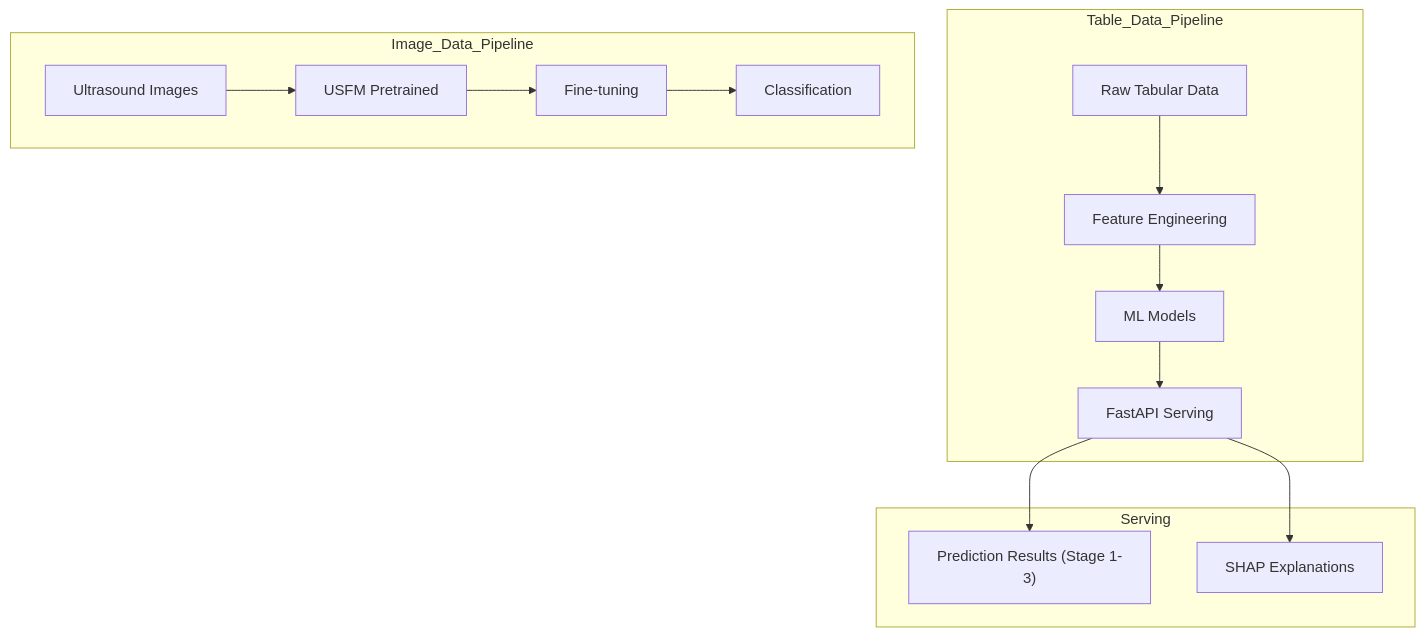
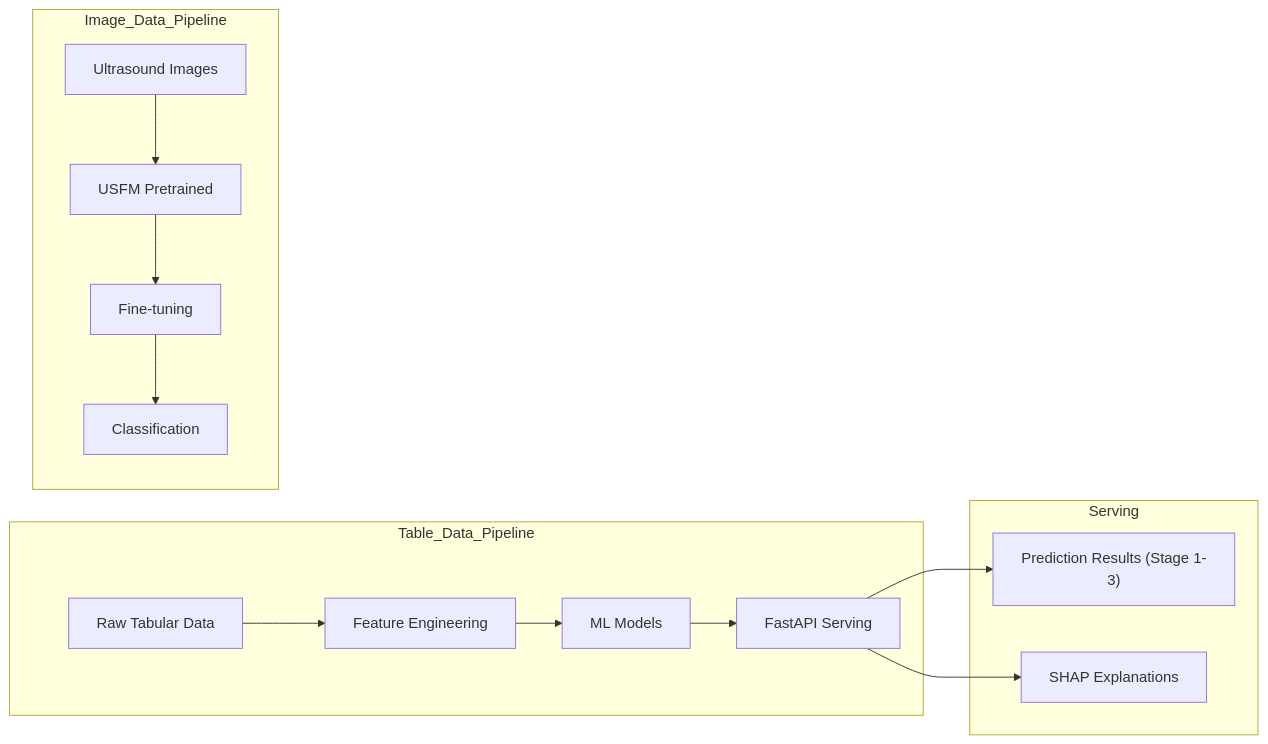
Before and after one commit to koeshin/liver_cirrhosis-prediction: the diagram in README.md, drawn with Mermaid. The commit also changed other lines of this file, not shown here.

Commit message:
Update README: Horizontal architecture diagram and serving usage instructions

````diff
--- a/README.md
+++ b/README.md
@@ -12,19 +12,19 @@
 ```mermaid
-graph TD
+graph LR
     subgraph Table_Data_Pipeline
         A[Raw Tabular Data] --> B[Feature Engineering];
         B --> C[ML Models];
         C --> D[FastAPI Serving];
     end
 
     subgraph Image_Data_Pipeline
         E[Ultrasound Images] --> F[USFM Pretrained];
         F --> G[Fine-tuning];
         G --> H[Classification];
     end
 
     subgraph Serving
         D --> I["Prediction Results (Stage 1-3)"];
         D --> J["SHAP Explanations"];
     end
 ```
````
